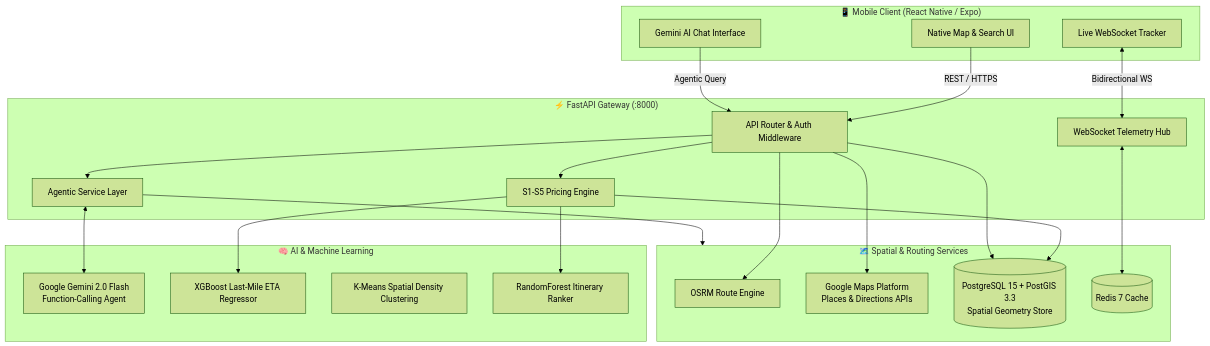
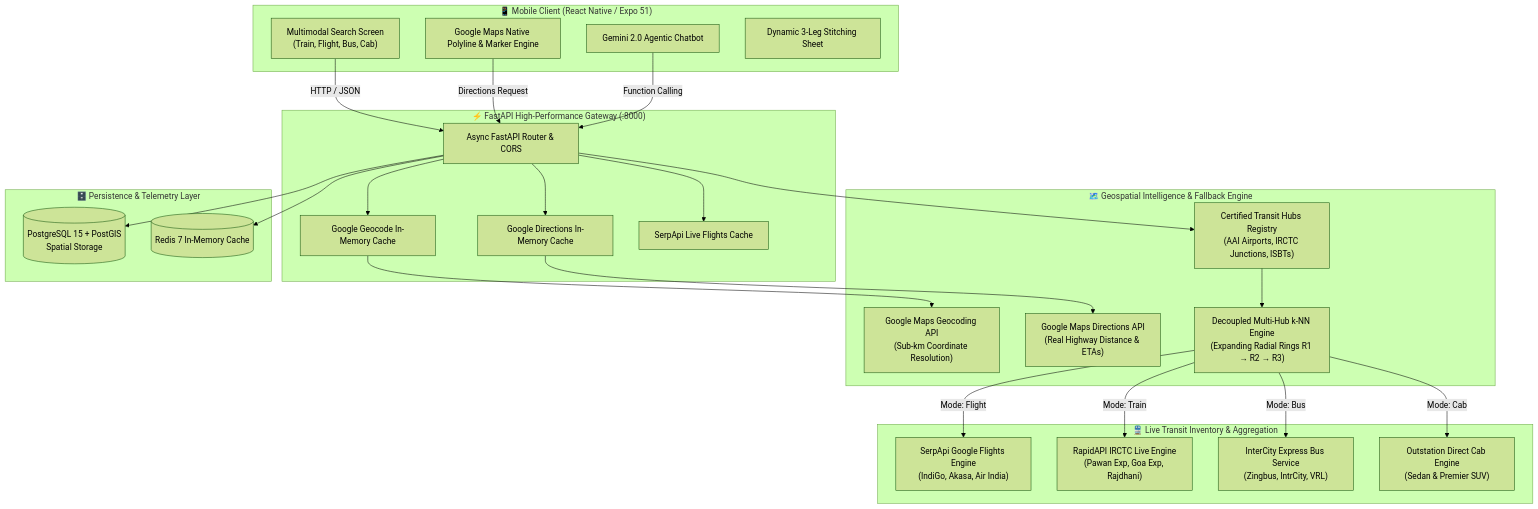
The first of 2 diagrams in README.md (ashutoshsingh220/SafarX), drawn with Mermaid (forest theme) before and after one commit. The commit also changed other lines of this file and 30 other files, not shown here.

Commit message:
feat: all-india multimodal transit engine with google maps intelligence, live flights, decoupled multi-hub fallbacks & professional docs

````diff
--- a/README.md
+++ b/README.md
@@ -49,47 +59,56 @@
 ```mermaid
 flowchart TD
-    subgraph Client["📱 Mobile Client (React Native / Expo)"]
-        UI[Native Map & Search UI]
-        Chat[Gemini AI Chat Interface]
-        Track[Live WebSocket Tracker]
+    subgraph MobileClient["📱 Mobile Client (React Native / Expo 51)"]
+        SearchUI["Multimodal Search Screen<br/>(Train, Flight, Bus, Cab)"]
+        MapEngine["Google Maps Native Polyline & Marker Engine"]
+        AgentChat["Gemini 2.0 Agentic Chatbot"]
+        StitchView["Dynamic 3-Leg Stitching Sheet"]
     end
 
-    subgraph Gateway["⚡ FastAPI Gateway (:8000)"]
-        Router[API Router & Auth Middleware]
-        AgentService[Agentic Service Layer]
-        PricingEngine[S1-S5 Pricing Engine]
-        Telemetry[WebSocket Telemetry Hub]
+    subgraph APIGateway["⚡ FastAPI High-Performance Gateway (:8000)"]
+        Router["Async FastAPI Router & CORS"]
+        GeocodeCache["Google Geocode In-Memory Cache"]
+        DirectionsCache["Google Directions In-Memory Cache"]
+        SerpApiCache["SerpApi Live Flights Cache"]
     end
 
-    subgraph AI["🧠 AI & Machine Learning"]
-        Gemini[Google Gemini 2.0 Flash<br/>Function-Calling Agent]
-        XGBoost[XGBoost Last-Mile ETA Regressor]
-        KMeans[K-Means Spatial Density Clustering]
-        RF[RandomForest Itinerary Ranker]
+    subgraph SpatialBrain["🗺️ Geospatial Intelligence & Fallback Engine"]
+        GoogleGeo["Google Maps Geocoding API<br/>(Sub-km Coordinate Resolution)"]
+        GoogleDir["Google Maps Directions API<br/>(Real Highway Distance & ETAs)"]
+        HubRegistry["Certified Transit Hubs Registry<br/>(AAI Airports, IRCTC Junctions, ISBTs)"]
+        KNN["Decoupled Multi-Hub k-NN Engine<br/>(Expanding Radial Rings R1 → R2 → R3)"]
     end
 
-    subgraph Spatial["🗺️ Spatial & Routing Services"]
-        OSRM[OSRM Route Engine]
-        GMaps[Google Maps Platform<br/>Places & Directions APIs]
-        PostGIS[(PostgreSQL 15 + PostGIS 3.3<br/>Spatial Geometry Store)]
-        Redis[(Redis 7 Cache)]
+    subgraph TransitServices["🚆 Live Transit Inventory & Aggregation"]
+        SerpApi["SerpApi Google Flights Engine<br/>(IndiGo, Akasa, Air India)"]
+        RapidAPI["RapidAPI IRCTC Live Engine<br/>(Pawan Exp, Goa Exp, Rajdhani)"]
+        BusEngine["InterCity Express Bus Service<br/>(Zingbus, IntrCity, VRL)"]
+        CabEngine["Outstation Direct Cab Engine<br/>(Sedan & Premier SUV)"]
     end
 
-    UI -->|REST / HTTPS| Router
-    Chat -->|Agentic Query| Router
-    Track <-->|Bidirectional WS| Telemetry
+    subgraph Database["🗄️ Persistence & Telemetry Layer"]
+        PostgreSQL[("PostgreSQL 15 + PostGIS<br/>Spatial Storage")]
+        RedisCache[("Redis 7 In-Memory Cache")]
+    end
 
-    Router --> AgentService
-    Router --> PricingEngine
-    AgentService <--> Gemini
-    AgentService --> Spatial
+    SearchUI -->|HTTP / JSON| Router
+    MapEngine -->|Directions Request| Router
+    AgentChat -->|Function Calling| Router
 
-    PricingEngine --> PostGIS
-    PricingEngine --> XGBoost
-    PricingEngine --> RF
+    Router --> GeocodeCache
+    Router --> DirectionsCache
+    Router --> SerpApiCache
 
-    Router --> OSRM
-    Router --> GMaps
-    Router --> PostGIS
-    Telemetry <--> Redis
+    GeocodeCache --> GoogleGeo
+    DirectionsCache --> GoogleDir
+    Router --> HubRegistry
+    HubRegistry --> KNN
+
+    KNN -->|Mode: Flight| SerpApi
+    KNN -->|Mode: Train| RapidAPI
+    KNN -->|Mode: Bus| BusEngine
+    KNN -->|Mode: Cab| CabEngine
+
+    Router --> PostgreSQL
+    Router --> RedisCache
 ```
````
